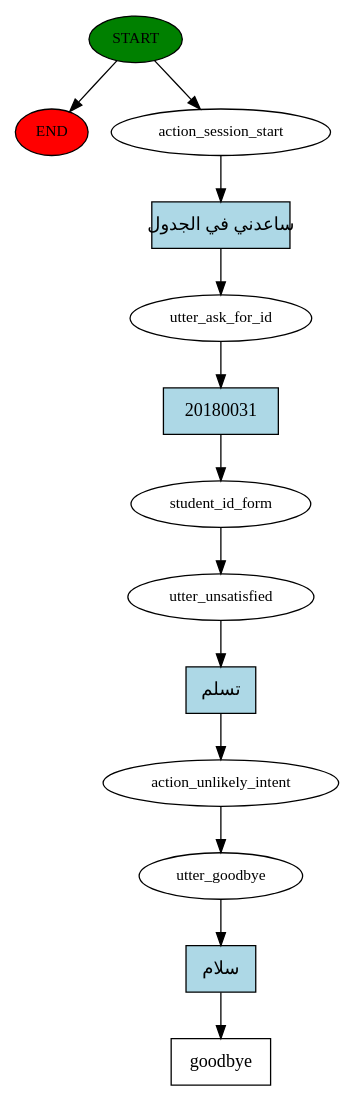
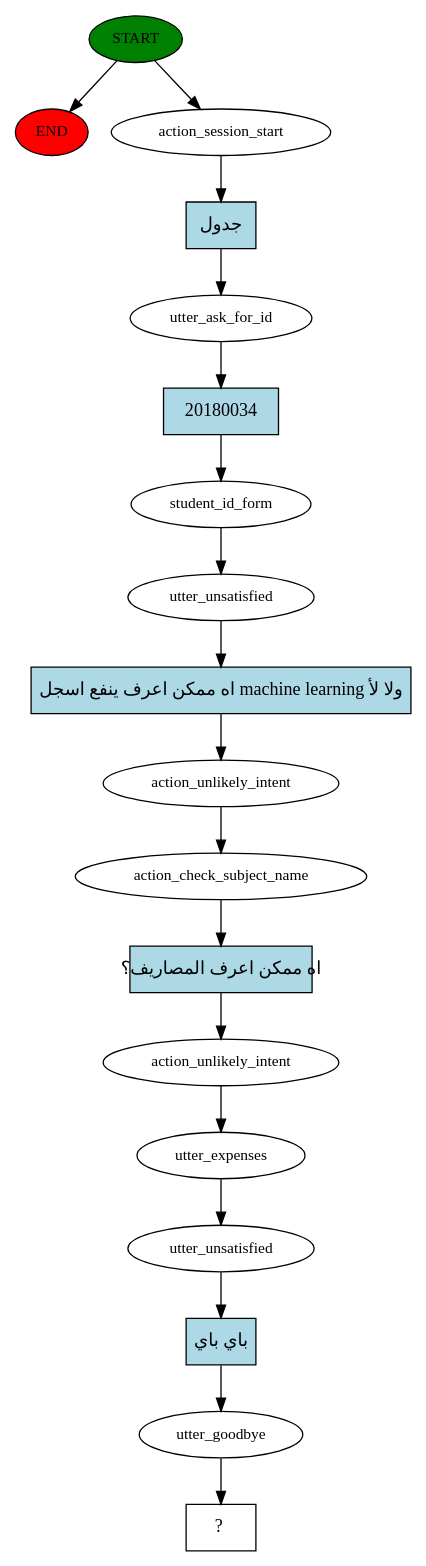
The diagram in story_graph.dot (skawy/Arabic-Conversational-Assistant), drawn with Graphviz before and after one commit. The commit also changed 3 other files, not shown here.

```diff
--- a/story_graph.dot
+++ b/story_graph.dot
@@ -1,27 +1,37 @@
 digraph  {
 0 [class="start active", fillcolor=green, fontsize=12, label=START, style=filled];
 "-1" [class=end, fillcolor=red, fontsize=12, label=END, style=filled];
 1 [class=active, fontsize=12, label=action_session_start];
 2 [class=active, fontsize=12, label=utter_ask_for_id];
 3 [class=active, fontsize=12, label=student_id_form];
 4 [class=active, fontsize=12, label=utter_unsatisfied];
 5 [class=active, fontsize=12, label=action_unlikely_intent];
-6 [class=active, fontsize=12, label=utter_goodbye];
-7 [class="intent dashed active", label=goodbye, shape=rect];
-8 [class="intent active", fillcolor=lightblue, label="ساعدني في الجدول", shape=rect, style=filled];
-9 [class="intent active", fillcolor=lightblue, label=20180031, shape=rect, style=filled];
-10 [class="intent active", fillcolor=lightblue, label="تسلم", shape=rect, style=filled];
-11 [class="intent active", fillcolor=lightblue, label="سلام", shape=rect, style=filled];
+6 [class=active, fontsize=12, label=action_check_subject_name];
+7 [class=active, fontsize=12, label=action_unlikely_intent];
+8 [class=active, fontsize=12, label=utter_expenses];
+9 [class=active, fontsize=12, label=utter_unsatisfied];
+10 [class=active, fontsize=12, label=utter_goodbye];
+11 [class="intent dashed active", label="  ?  ", shape=rect];
+12 [class="intent active", fillcolor=lightblue, label="جدول", shape=rect, style=filled];
+13 [class="intent active", fillcolor=lightblue, label=20180034, shape=rect, style=filled];
+14 [class="intent active", fillcolor=lightblue, label="اه ممكن اعرف ينفع اسجل machine learning ولا لأ", shape=rect, style=filled];
+15 [class="intent active", fillcolor=lightblue, label="اه ممكن اعرف المصاريف؟", shape=rect, style=filled];
+16 [class="intent active", fillcolor=lightblue, label="باي باي", shape=rect, style=filled];
 0 -> "-1"  [class="", key=NONE, label=""];
 0 -> 1  [class=active, key=NONE, label=""];
-1 -> 8  [class=active, key=0];
-2 -> 9  [class=active, key=0];
+1 -> 12  [class=active, key=0];
+2 -> 13  [class=active, key=0];
 3 -> 4  [class=active, key=NONE, label=""];
-4 -> 10  [class=active, key=0];
+4 -> 14  [class=active, key=0];
 5 -> 6  [class=active, key=NONE, label=""];
-6 -> 11  [class=active, key=0];
-8 -> 2  [class=active, key=0];
-9 -> 3  [class=active, key=0];
-10 -> 5  [class=active, key=0];
-11 -> 7  [class=active, key=0];
+6 -> 15  [class=active, key=0];
+7 -> 8  [class=active, key=NONE, label=""];
+8 -> 9  [class=active, key=NONE, label=""];
+9 -> 16  [class=active, key=0];
+10 -> 11  [class=active, key=NONE, label=""];
+12 -> 2  [class=active, key=0];
+13 -> 3  [class=active, key=0];
+14 -> 5  [class=active, key=0];
+15 -> 7  [class=active, key=0];
+16 -> 10  [class=active, key=0];
 }
```
